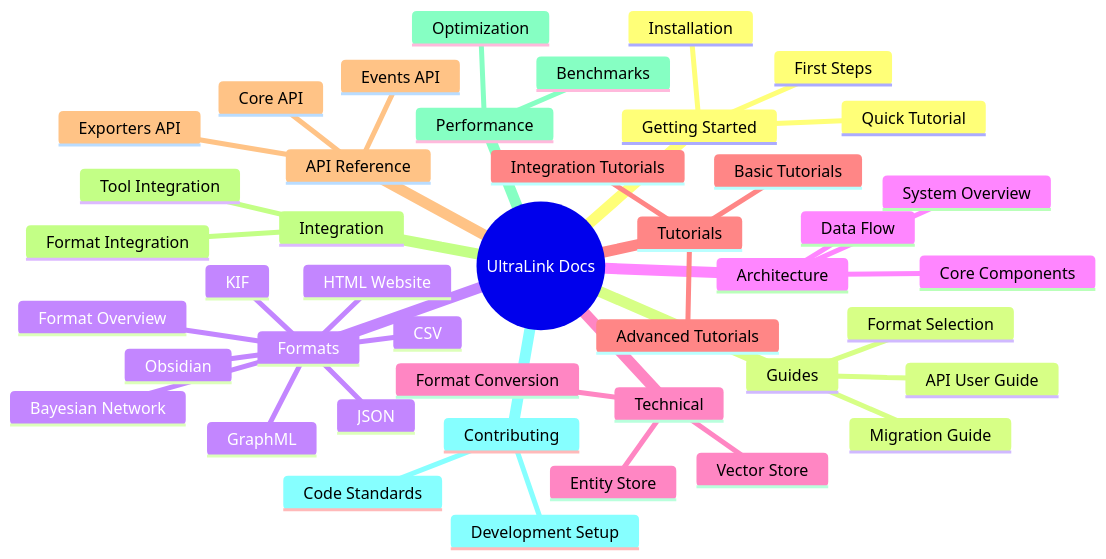
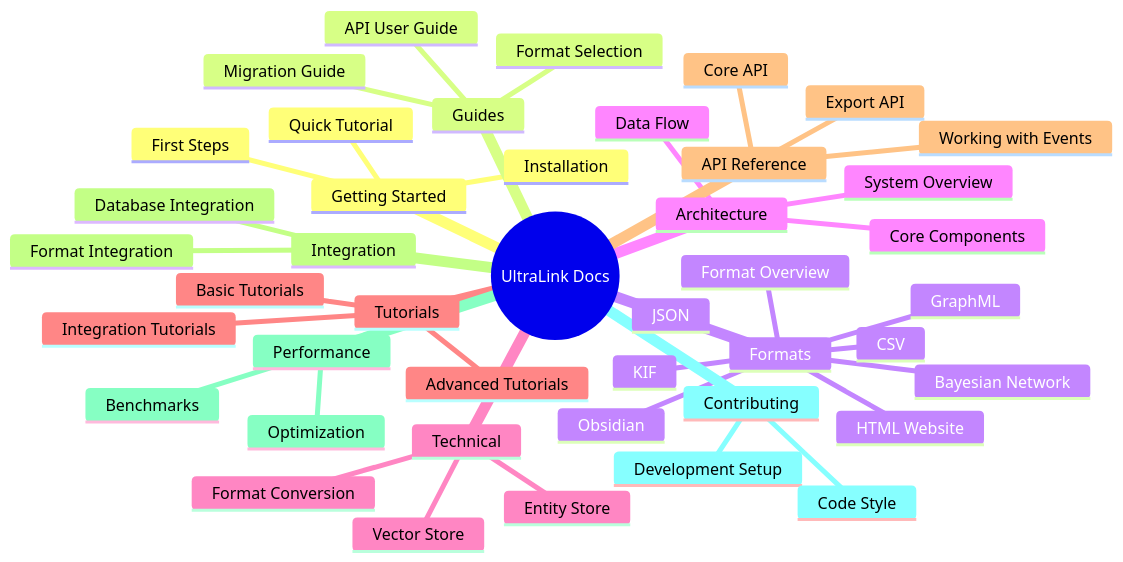
The diagram in docs/README.md (docxology/ultralink-docx), drawn with Mermaid before and after one commit. The commit also changed other lines of this file and 2 other files, not shown here.

````diff
--- a/docs/README.md
+++ b/docs/README.md
@@ -37,46 +37,46 @@
 ```mermaid
 mindmap
   root((UltraLink Docs))
     Getting Started
       Installation
       First Steps
       Quick Tutorial
     Guides
       API User Guide
       Format Selection
       Migration Guide
     Formats
       JSON
       GraphML
       CSV
       Obsidian
       HTML Website
       Bayesian Network
       KIF
       Format Overview
     Architecture
       System Overview
       Core Components
       Data Flow
     Technical
       Format Conversion
       Entity Store
       Vector Store
     Tutorials
       Basic Tutorials
       Advanced Tutorials
       Integration Tutorials
     API Reference
       Core API
-      Exporters API
-      Events API
+      Export API
+      Working with Events
     Integration
       Format Integration
-      Tool Integration
+      Database Integration
     Performance
       Benchmarks
       Optimization
     Contributing
       Development Setup
-      Code Standards
+      Code Style
 ```
````
